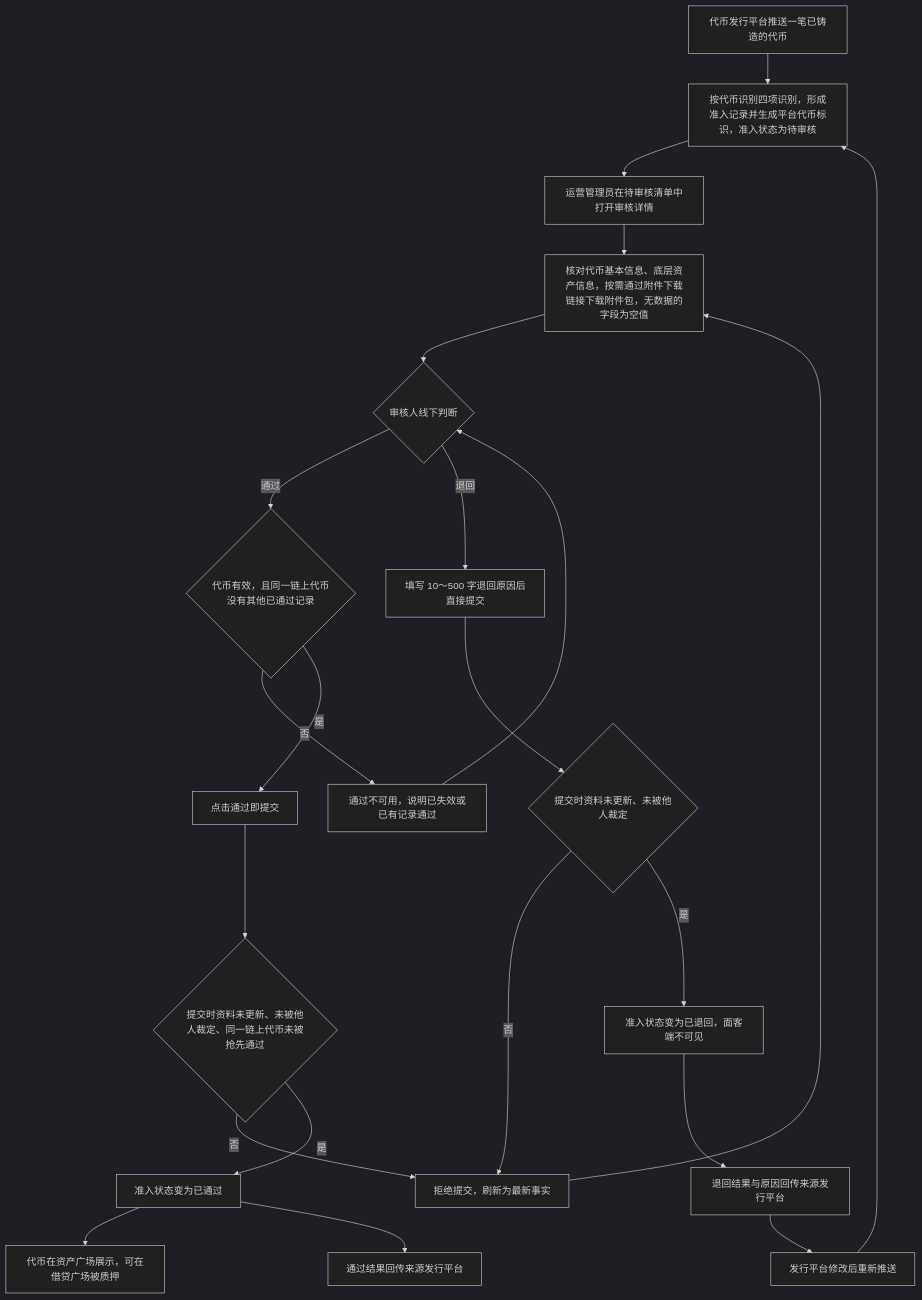
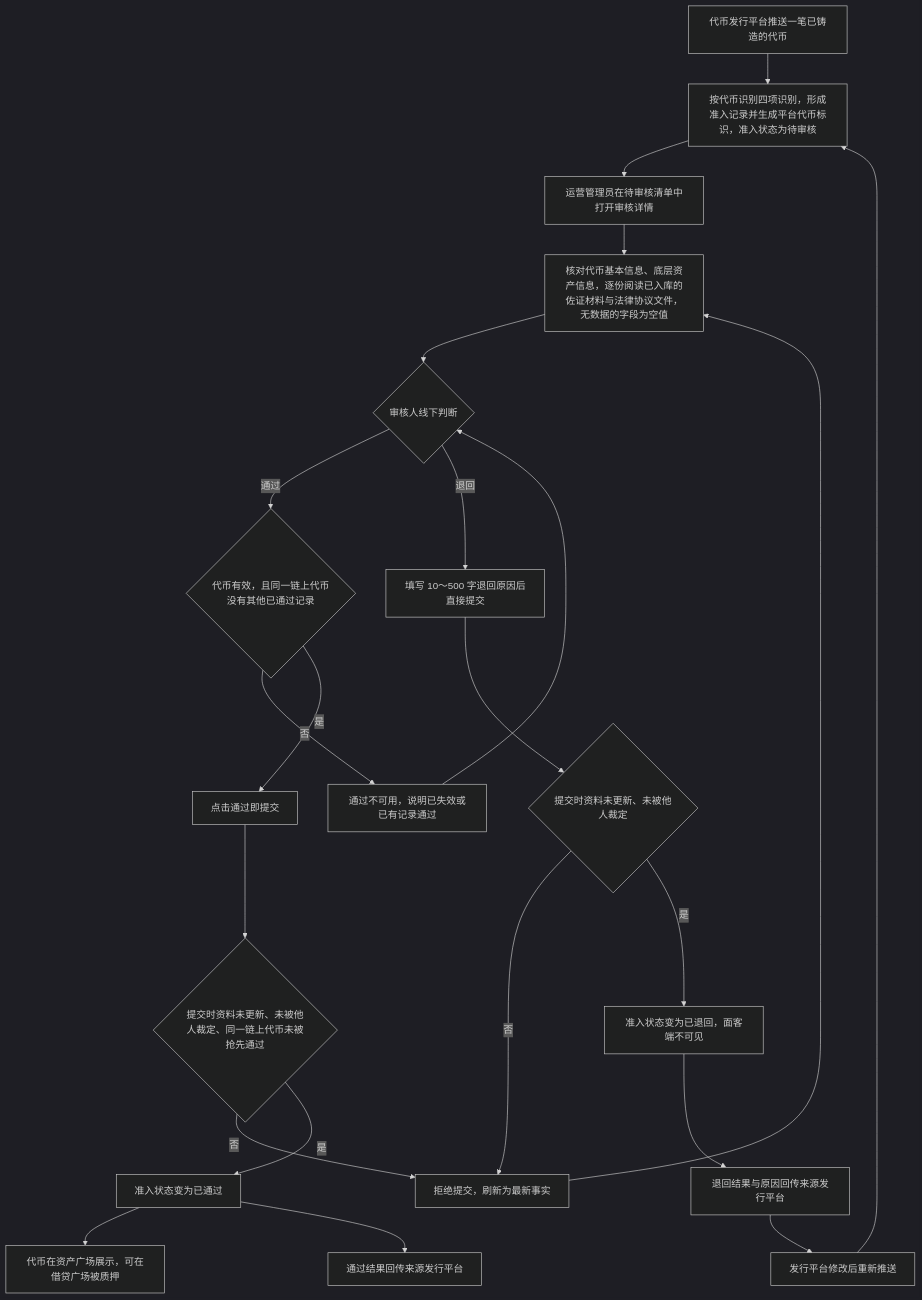
The first of 3 diagrams in lending-platform/PRD/运营端/06-代币准入审核/02-代币准入审核-流程图与状态机.md (wxblockchain/Chain-Financing), drawn with Mermaid (dark theme) before and after one commit. The commit also changed other lines of this file and 3 other files, not shown here.

````diff
--- a/lending-platform/PRD/运营端/06-代币准入审核/02-代币准入审核-流程图与状态机.md
+++ b/lending-platform/PRD/运营端/06-代币准入审核/02-代币准入审核-流程图与状态机.md
@@ -16,24 +16,24 @@
 ```mermaid
 flowchart TD
     A[代币发行平台推送一笔已铸造的代币] --> B[按代币识别四项识别，形成准入记录并生成平台代币标识，准入状态为待审核]
     B --> D[运营管理员在待审核清单中打开审核详情]
-    D --> E[核对代币基本信息、底层资产信息，按需通过附件下载链接下载附件包，无数据的字段为空值]
+    D --> E[核对代币基本信息、底层资产信息，逐份阅读已入库的佐证材料与法律协议文件，无数据的字段为空值]
     E --> F{审核人线下判断}
     F -->|通过| G{代币有效，且同一链上代币没有其他已通过记录}
     G -->|否| H[通过不可用，说明已失效或已有记录通过]
     H --> F
     G -->|是| I[点击通过即提交]
     I --> J{提交时资料未更新、未被他人裁定、同一链上代币未被抢先通过}
     J -->|否| K[拒绝提交，刷新为最新事实]
     K --> E
     J -->|是| L[准入状态变为已通过]
     L --> M[代币在资产广场展示，可在借贷广场被质押]
     L --> N[通过结果回传来源发行平台]
     F -->|退回| O[填写 10～500 字退回原因后直接提交]
     O --> P{提交时资料未更新、未被他人裁定}
     P -->|否| K
     P -->|是| Q[准入状态变为已退回，面客端不可见]
     Q --> R[退回结果与原因回传来源发行平台]
     R --> S[发行平台修改后重新推送]
     S --> B
 ```
````
